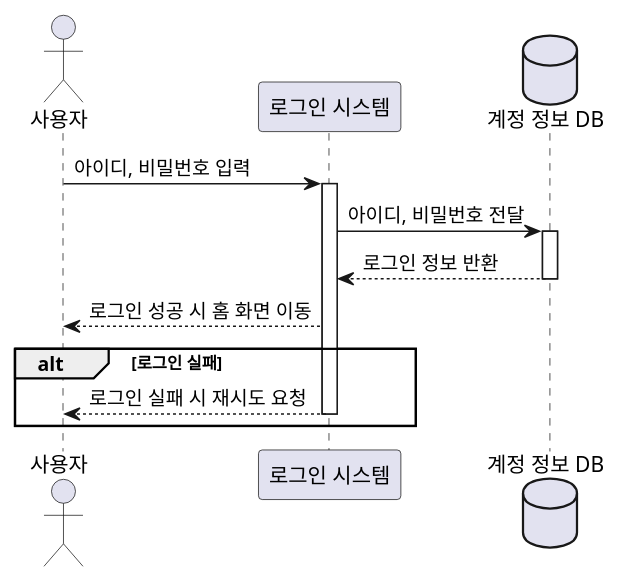
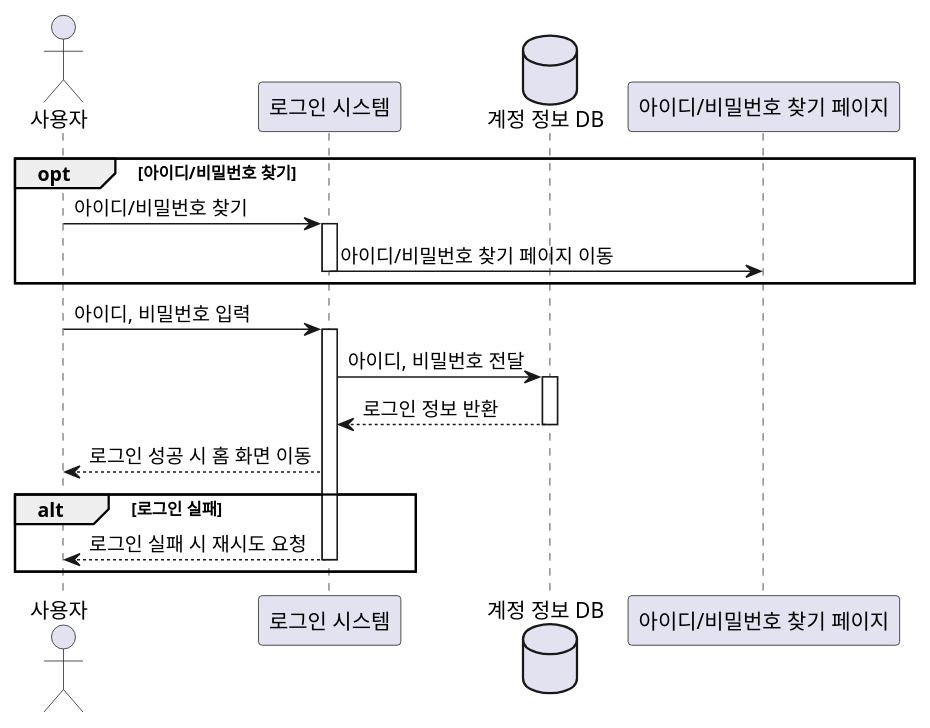
The diagram in src/sequence_login.puml (marmot8080/SWE), drawn with PlantUML before and after one commit. The commit also changed 6 other files, not shown here.

Commit message:
Update sequence diagram

```diff
--- a/src/sequence_login.puml
+++ b/src/sequence_login.puml
@@ -1,21 +1,29 @@
 @startuml
 
 actor "사용자" as user
 participant "로그인 시스템" as login
 database "계정 정보 DB" as db
+participant "아이디/비밀번호 찾기 페이지" as search
+
+opt 아이디/비밀번호 찾기
+user -> login : 아이디/비밀번호 찾기
+activate login
+login -> search : 아이디/비밀번호 찾기 페이지 이동
+deactivate login
+end
 
 user -> login : 아이디, 비밀번호 입력
 activate login
 login -> db : 아이디, 비밀번호 전달
 activate db
 
 db --> login : 로그인 정보 반환
 deactivate db
 
 login --> user : 로그인 성공 시 홈 화면 이동
 alt 로그인 실패
   login --> user : 로그인 실패 시 재시도 요청
 deactivate login
 end
 
 @enduml
```
